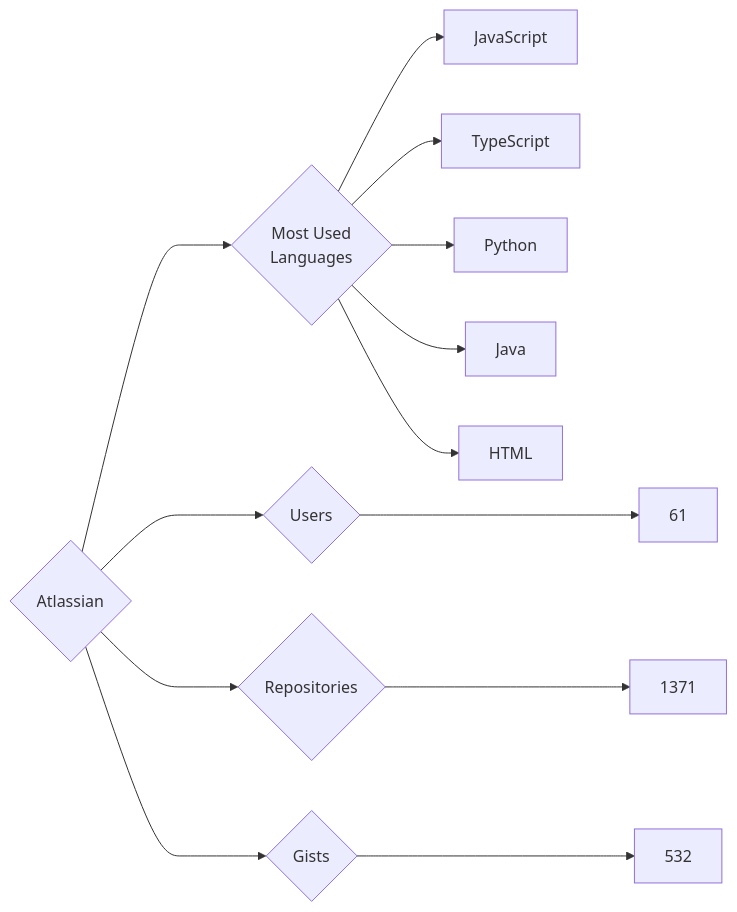
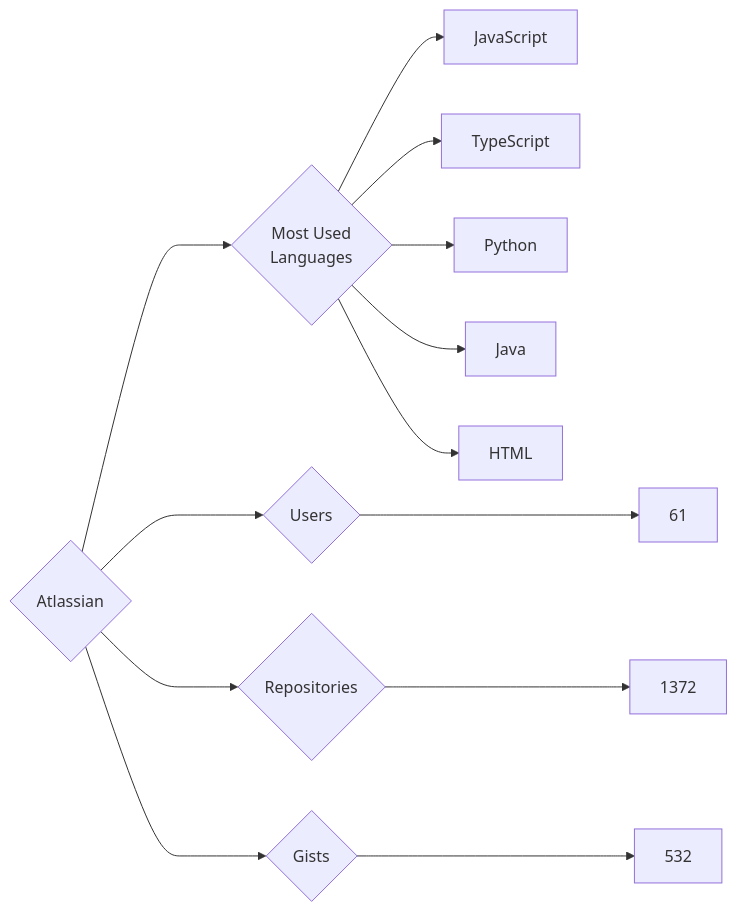
One commit to trickest/insiders changed the diagram in targets/Atlassian/README.md. Above: the diagram before and after it, drawn with Mermaid. The commit also changed 715 other files, not shown here.

````diff
--- a/targets/Atlassian/README.md
+++ b/targets/Atlassian/README.md
@@ -3,13 +3,13 @@
 ```mermaid
 graph LR
 COMPANY_NAME{Atlassian}
 COMPANY_NAME ---> U{Users} ---> UN[61]
-COMPANY_NAME ---> R{Repositories} ---> RN[1371]
+COMPANY_NAME ---> R{Repositories} ---> RN[1372]
 COMPANY_NAME ---> G{Gists} ---> GN[532]
 COMPANY_NAME ---> ML{Most Used<br>Languages}
 ML --> JavaScript[JavaScript]
 ML --> TypeScript[TypeScript]
 ML --> Python[Python]
 ML --> Java[Java]
 ML --> HTML[HTML]
 ```
````
